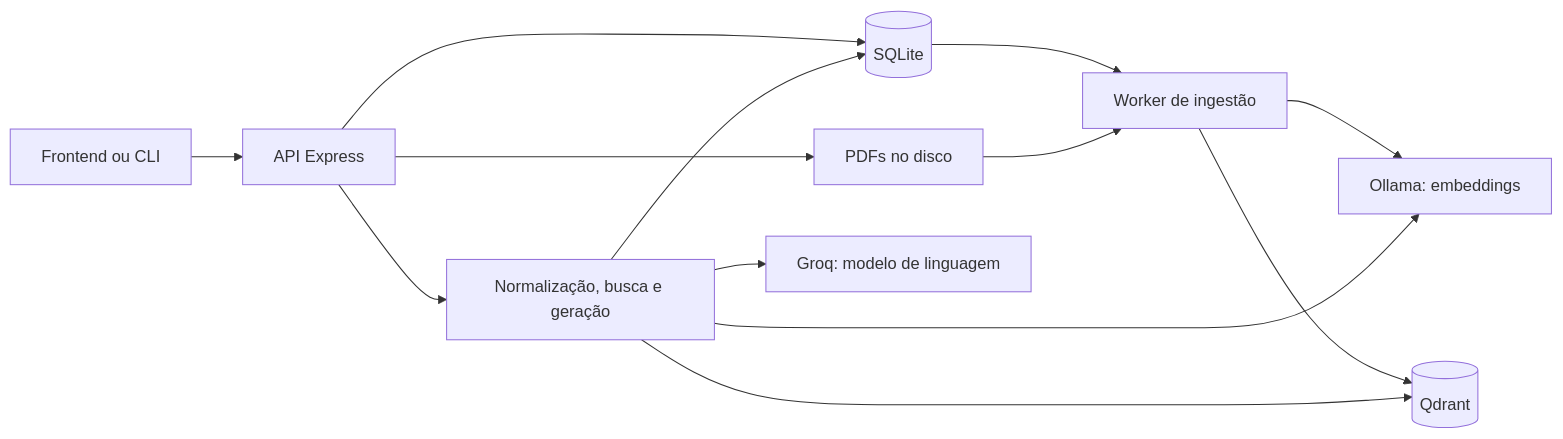
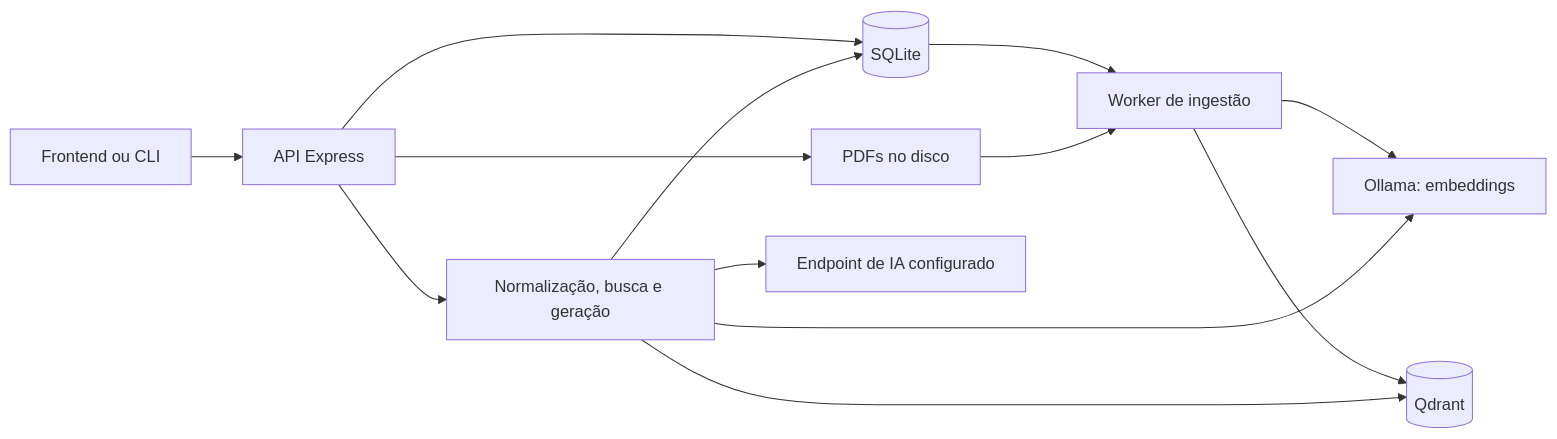
The diagram in docs/architecture.md (self1027/rag-visa), drawn with Mermaid before and after one commit. The commit also changed other lines of this file and 6 other files, not shown here.

````diff
--- a/docs/architecture.md
+++ b/docs/architecture.md
@@ -3,15 +3,15 @@
 ```mermaid
 flowchart LR
     Front[Frontend ou CLI] --> API[API Express]
     API --> DB[(SQLite)]
     API --> PDFs[PDFs no disco]
     DB --> Worker[Worker de ingestão]
     PDFs --> Worker
     Worker --> Ollama[Ollama: embeddings]
     Worker --> Qdrant[(Qdrant)]
     API --> RAG[Normalização, busca e geração]
     RAG --> Ollama
     RAG --> Qdrant
-    RAG --> Groq[Groq: modelo de linguagem]
+    RAG --> LLM[Endpoint de IA configurado]
     RAG --> DB
 ```
````
